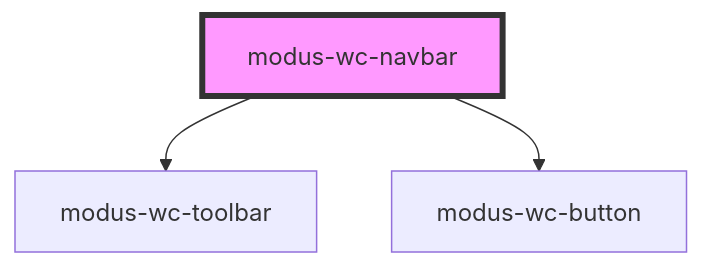
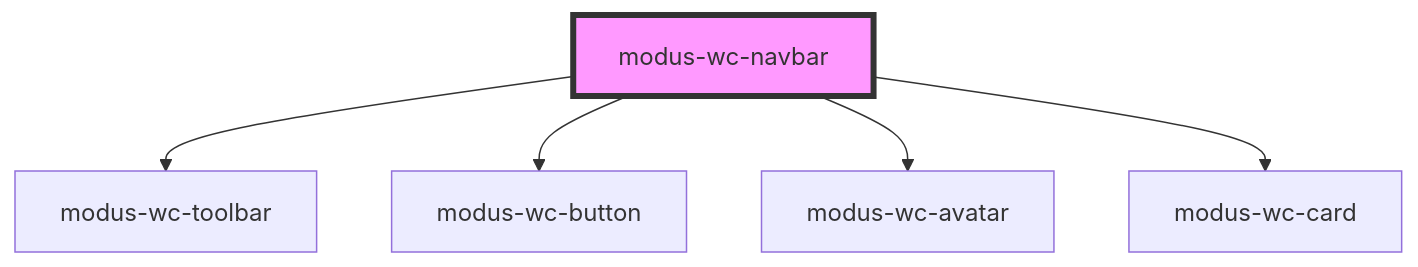
The diagram in src/components/modus-wc-navbar/readme.md (trimble-oss/modus-wc-2.0), drawn with Mermaid before and after one commit. The commit also changed other lines of this file and 9 other files, not shown here.

Commit message:
feat: navbar user card

````diff
--- a/src/components/modus-wc-navbar/readme.md
+++ b/src/components/modus-wc-navbar/readme.md
@@ -37,6 +42,8 @@
 ```mermaid
 graph TD;
   modus-wc-navbar --> modus-wc-toolbar
   modus-wc-navbar --> modus-wc-button
+  modus-wc-navbar --> modus-wc-avatar
+  modus-wc-navbar --> modus-wc-card
   style modus-wc-navbar fill:#f9f,stroke:#333,stroke-width:4px
 ```
````
